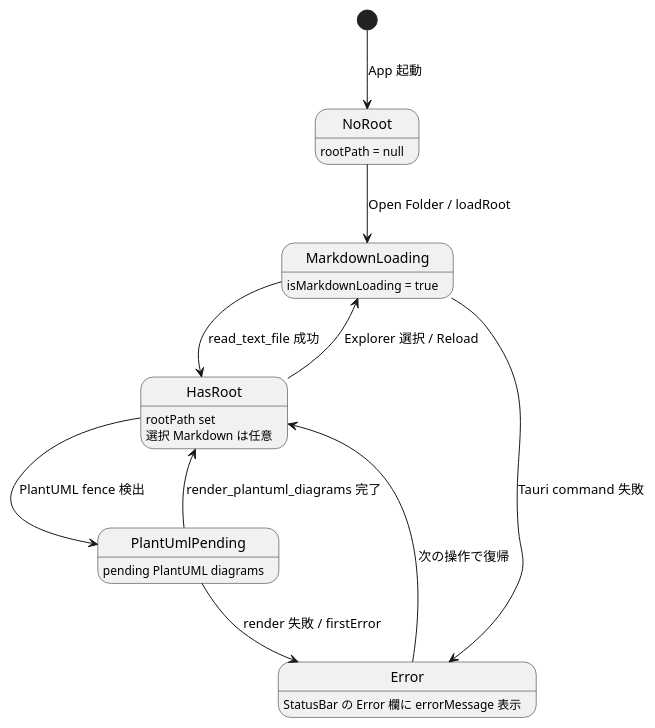
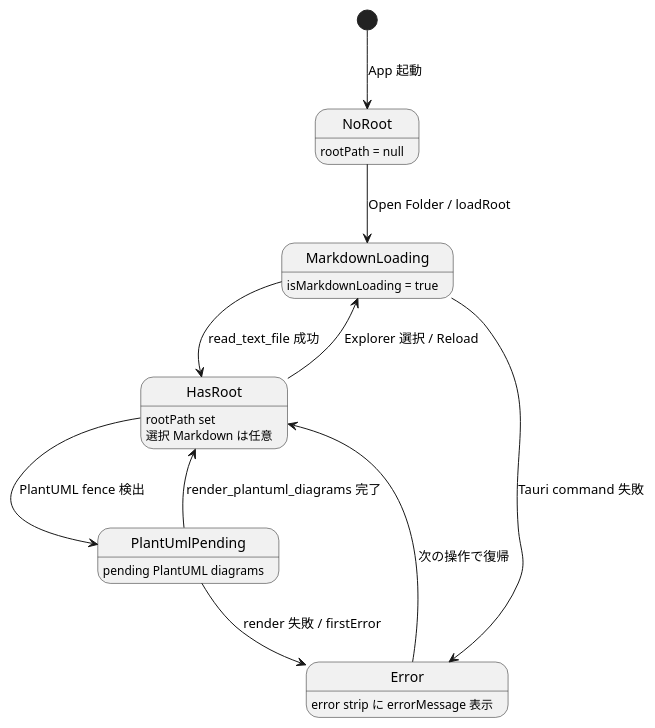
Before and after one commit to an-embedded-engineer/MarkdownViewer: the third of 3 diagrams in docs/components/tauri_viewer/basic_design.md, drawn with PlantUML. The commit also changed other lines of this file and 10 other files, not shown here.

Commit message:
fix: improve Tauri root and error status layout

````diff
--- a/docs/components/tauri_viewer/basic_design.md
+++ b/docs/components/tauri_viewer/basic_design.md
@@ -139,22 +139,22 @@
 ```plantuml
 @startuml
 skinparam shadowing false
 
 [*] --> NoRoot : App 起動
 
 state NoRoot : rootPath = null
 state HasRoot : rootPath set\n選択 Markdown は任意
 state MarkdownLoading : isMarkdownLoading = true
 state PlantUmlPending : pending PlantUML diagrams
-state Error : StatusBar の Error 欄に errorMessage 表示
+state Error : error strip に errorMessage 表示
 
 NoRoot --> MarkdownLoading : Open Folder / loadRoot
 HasRoot --> MarkdownLoading : Explorer 選択 / Reload
 MarkdownLoading --> HasRoot : read_text_file 成功
 MarkdownLoading --> Error : Tauri command 失敗
 HasRoot --> PlantUmlPending : PlantUML fence 検出
 PlantUmlPending --> HasRoot : render_plantuml_diagrams 完了
 PlantUmlPending --> Error : render 失敗 / firstError
 Error --> HasRoot : 次の操作で復帰
 @enduml
 ```
````
